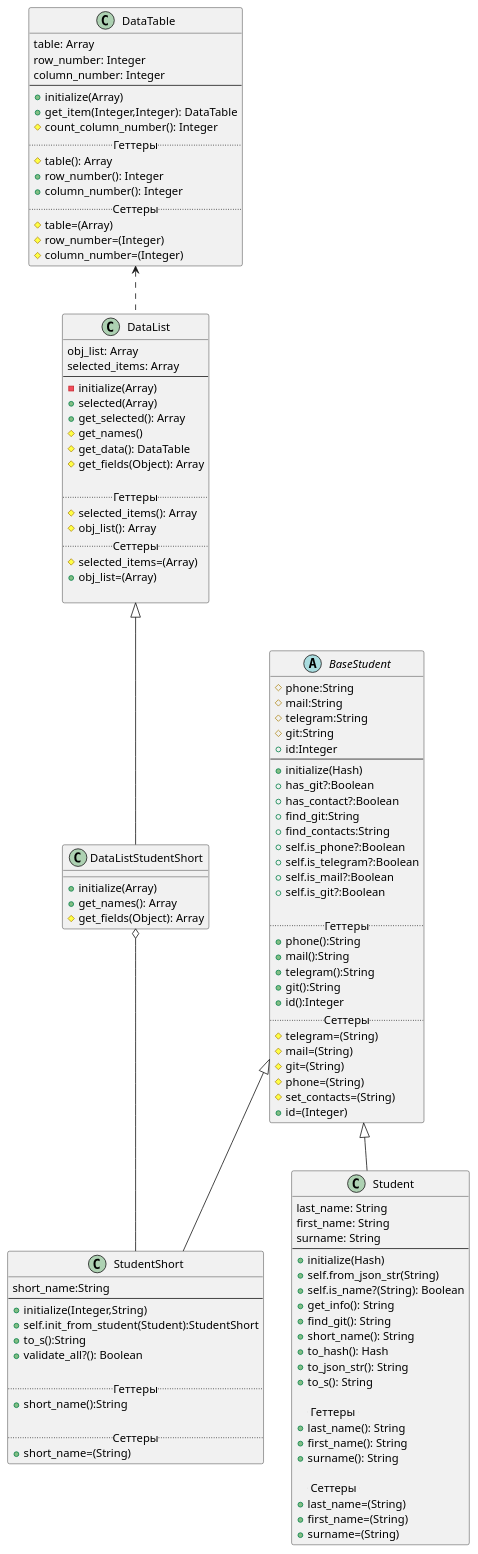
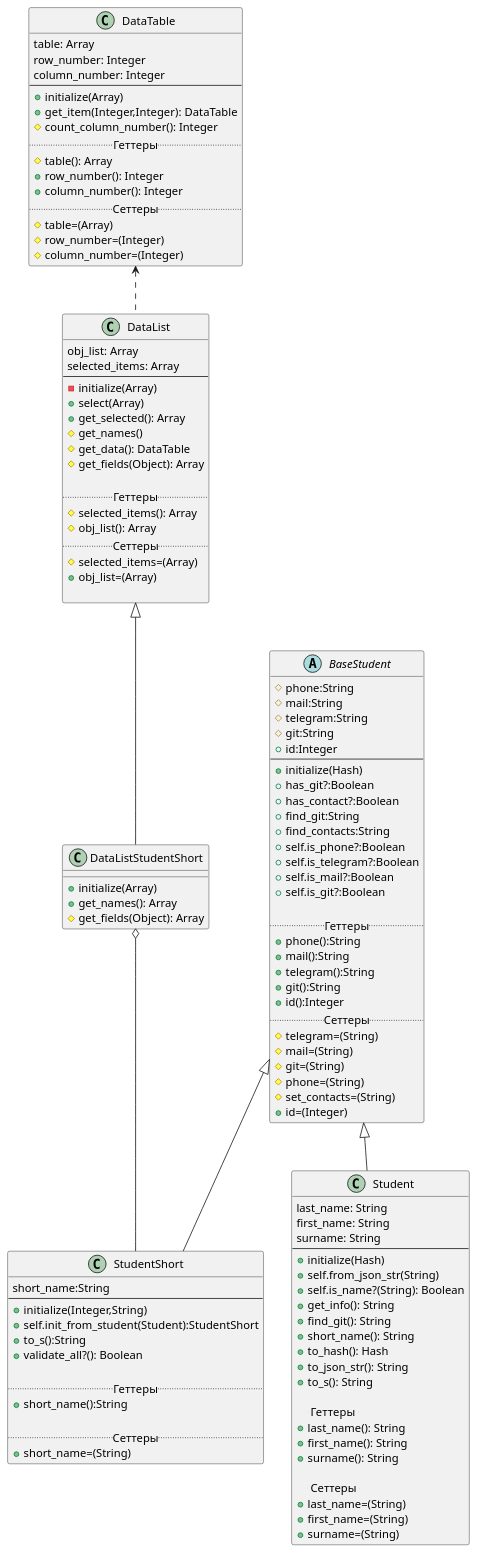
One commit to OlegVasil/RubyLabs changed the diagram in laba_2/Diagrams/diagram.puml. Above: the diagram before and after it, drawn with PlantUML.

Commit message:
Исправил диаграмму

```diff
--- a/laba_2/Diagrams/diagram.puml
+++ b/laba_2/Diagrams/diagram.puml
@@ -1,124 +1,124 @@
 abstract class BaseStudent
 {
 #phone:String
 #mail:String
 #telegram:String
 #git:String
 +id:Integer
 --
 +initialize(Hash)
 +has_git?:Boolean
 +has_contact?:Boolean
 +find_git:String
 +find_contacts:String
 +self.is_phone?:Boolean
 +self.is_telegram?:Boolean
 +self.is_mail?:Boolean
 +self.is_git?:Boolean
 
 ..Геттеры..
 +phone():String
 +mail():String
 +telegram():String
 +git():String
 +id():Integer
 ..Сеттеры..
 #telegram=(String)
 #mail=(String)
 #git=(String)
 #phone=(String)
 #set_contacts=(String)
 +id=(Integer)
 }
 
 class StudentShort extends BaseStudent
 {
 short_name:String
 --
 +initialize(Integer,String)
 +self.init_from_student(Student):StudentShort
 +to_s():String
 +validate_all?(): Boolean
 
 .. Геттеры ..
 +short_name():String
 
 .. Сеттеры ..
 +short_name=(String)
 }
 
 class Student extends BaseStudent {
 last_name: String
 first_name: String
 surname: String
 --
 +initialize(Hash)
 +self.from_json_str(String)
 +self.is_name?(String): Boolean
 +get_info(): String
 +find_git(): String
 +short_name(): String
 +to_hash(): Hash
 +to_json_str(): String
 +to_s(): String
 
     .. Геттеры ..
 +last_name(): String
 +first_name(): String
 +surname(): String
 
     .. Сеттеры ..
 +last_name=(String)
 +first_name=(String)
 +surname=(String)
 }
 
 class DataTable
 {
 table: Array
 row_number: Integer
 column_number: Integer
 --
 +initialize(Array)
 +get_item(Integer,Integer): DataTable
 #count_column_number(): Integer
 .. Геттеры ..
 #table(): Array
 +row_number(): Integer
 +column_number(): Integer
 .. Сеттеры ..
 #table=(Array)
 #row_number=(Integer)
 #column_number=(Integer)
 }
 
 class DataList
 {
 obj_list: Array
 selected_items: Array
 --
 -initialize(Array)
-+selected(Array)
++select(Array)
 +get_selected(): Array
 #get_names()
 #get_data(): DataTable
 #get_fields(Object): Array
 
 .. Геттеры ..
 #selected_items(): Array
 #obj_list(): Array
 .. Сеттеры ..
 #selected_items=(Array)
 +obj_list=(Array)
 
 }
 
 class DataListStudentShort extends DataList
 {
 +initialize(Array)
 +get_names(): Array
 #get_fields(Object): Array
 }
 
 DataListStudentShort o-- StudentShort
 DataTable <.. DataList
```
